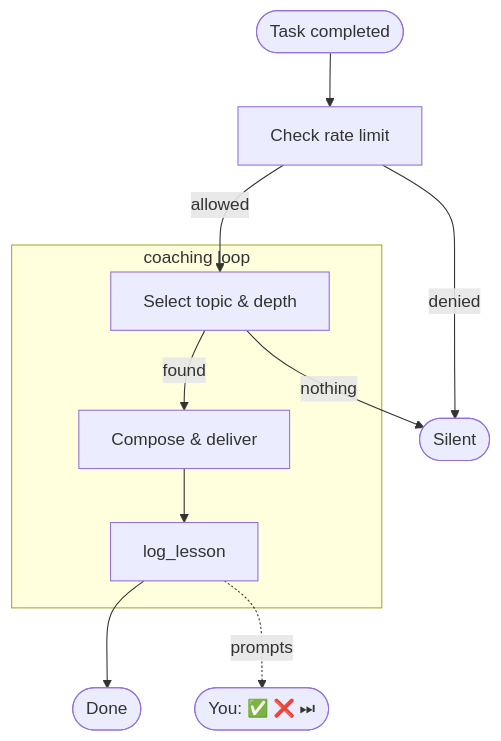
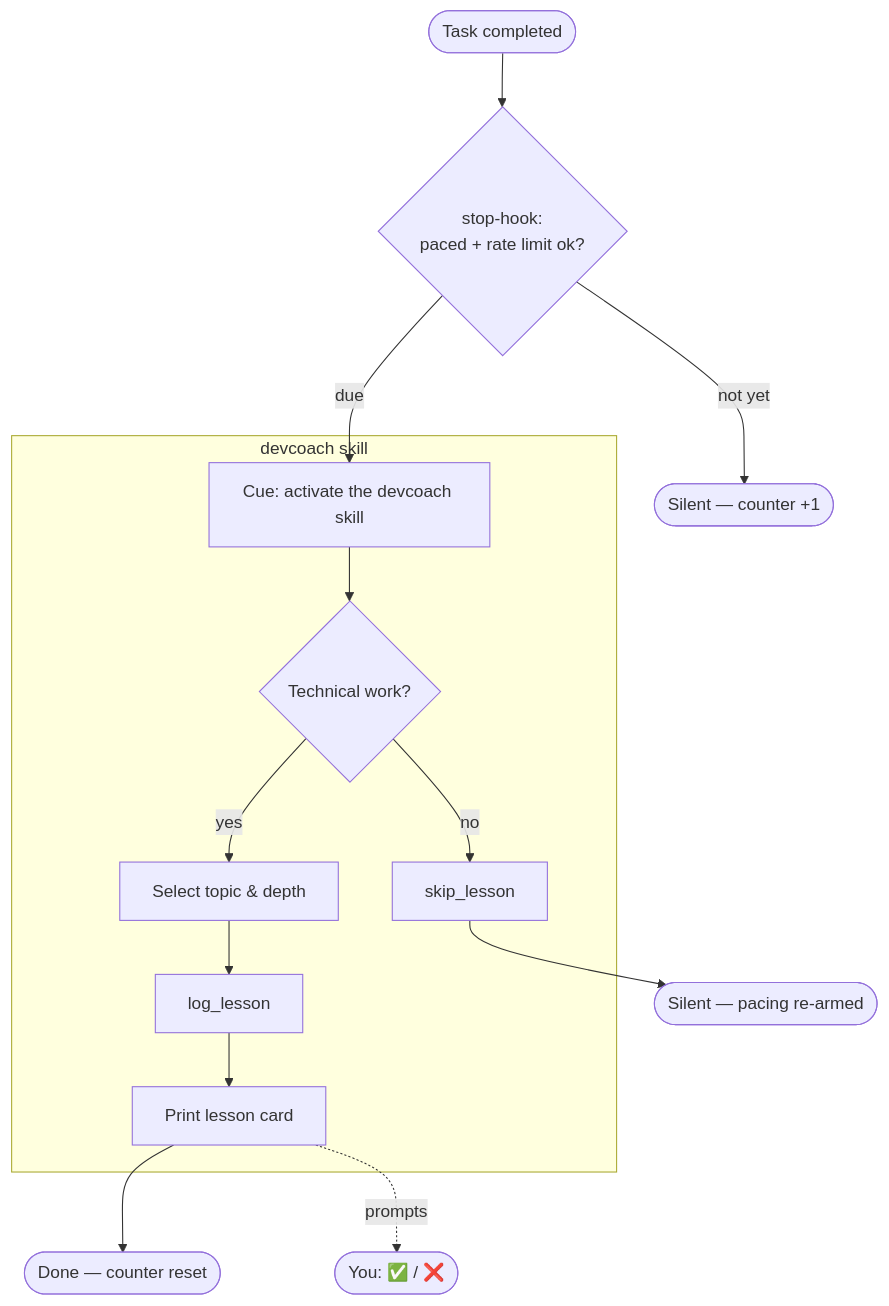
Before and after one commit to UltimaPhoenix/dev-coach: the diagram in README.md, drawn with Mermaid. The commit also changed other lines of this file and 21 other files, not shown here.

````diff
--- a/README.md
+++ b/README.md
@@ -37,18 +37,18 @@
 ```mermaid
 flowchart TD
-    A([Task completed]) --> B[Check rate limit]
-    B -->|denied| Z([Silent])
-    B -->|allowed| D
+    A([Task completed]) --> B{"stop-hook:<br/>paced + rate limit ok?"}
+    B -->|not yet| Z(["Silent — counter +1"])
+    B -->|due| C["Cue: activate the devcoach skill"]
 
-    subgraph loop["coaching loop"]
-        D[Select topic & depth]
-        E[Compose & deliver]
-        G[log_lesson]
+    subgraph skill["devcoach skill"]
+        C --> D{"Technical work?"}
+        D -->|no| S[skip_lesson]
+        D -->|yes| E[Select topic & depth]
+        E --> G[log_lesson]
+        G --> F[Print lesson card]
     end
 
-    D -->|nothing| Z
-    D -->|found| E
-    E --> G
-    G --> F([Done])
-    G -.->|prompts| U(["You: ✅ ❌ ⏭"])
+    S --> Y(["Silent — pacing re-armed"])
+    F --> H(["Done — counter reset"])
+    F -.->|prompts| U(["You: ✅ / ❌"])
 ```
````
